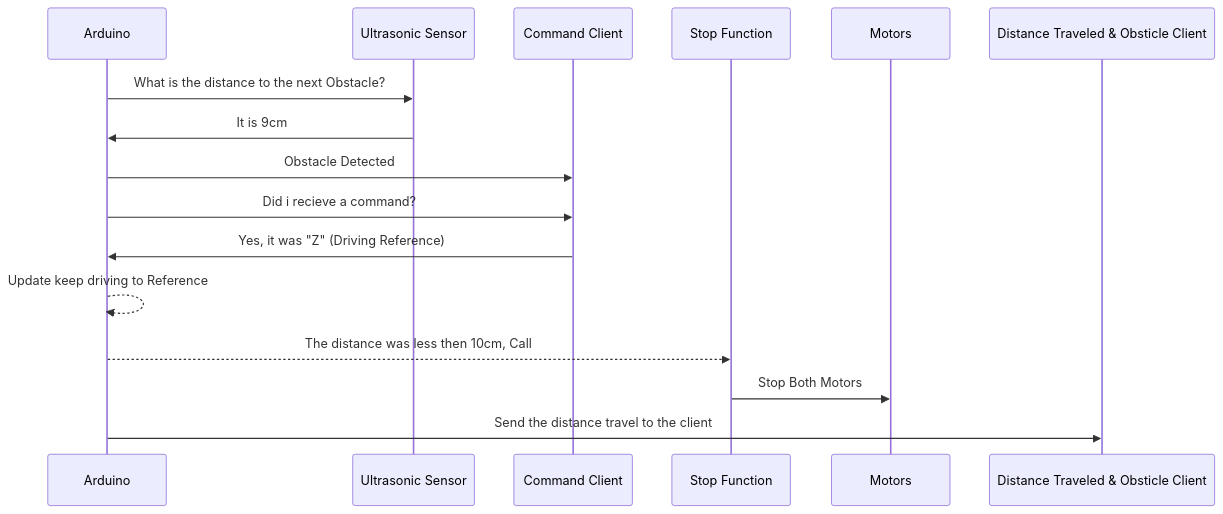
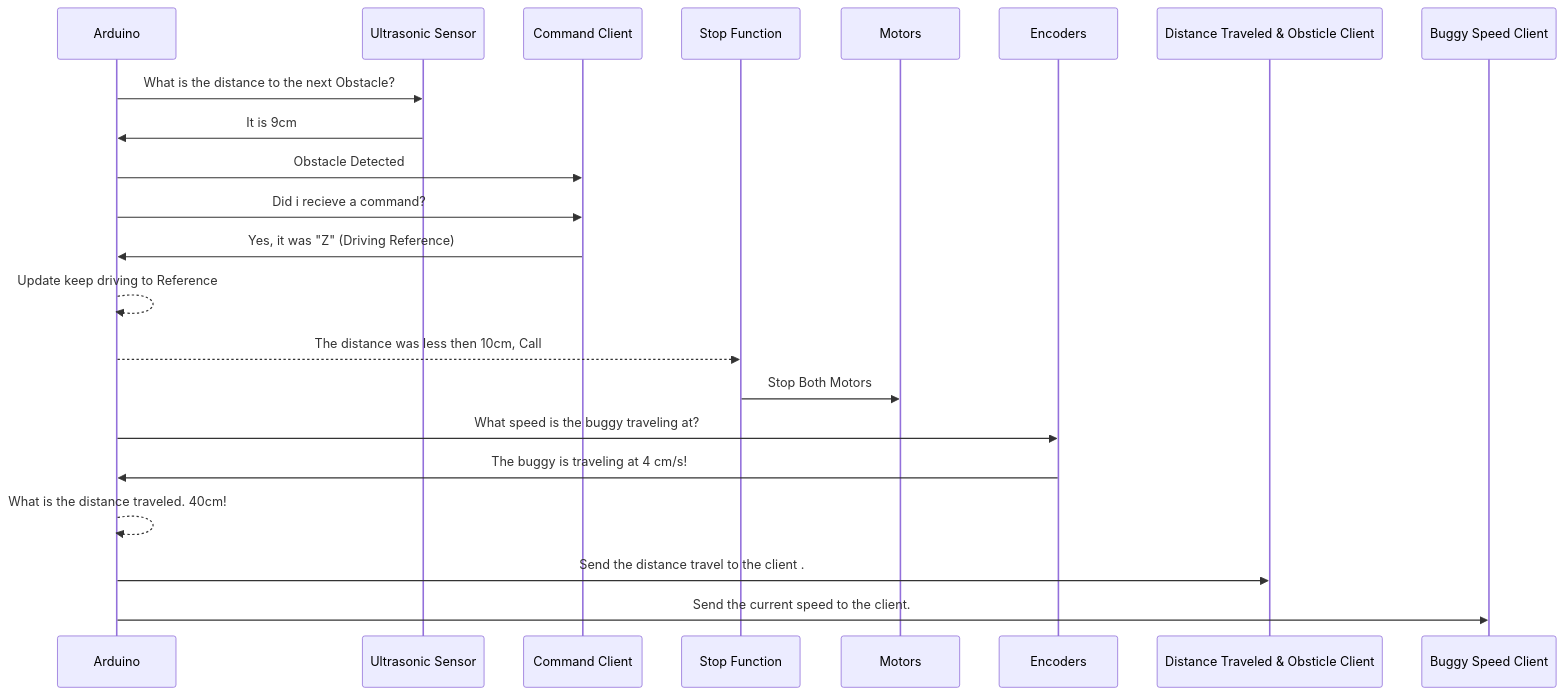
The fourth of 10 diagrams in Silver Code/SilverSequenceDiagrams.md (Reuben-Colman/2E10_BuggyCodeBase), drawn with Mermaid before and after one commit. The commit also changed other lines of this file and 1 other file, not shown here.

Commit message:
Sequence Diagrams

````diff
--- a/Silver Code/SilverSequenceDiagrams.md
+++ b/Silver Code/SilverSequenceDiagrams.md
@@ -63,12 +63,16 @@
 ```mermaid
 sequenceDiagram
   Arduino ->> Ultrasonic Sensor: What is the distance to the next Obstacle?
   Ultrasonic Sensor ->> Arduino: It is 9cm 
   Arduino ->> Command Client: Obstacle Detected
   Arduino ->> Command Client: Did i recieve a command?
   Command Client ->> Arduino: Yes, it was "Z" (Driving Reference)
   Arduino -->> Arduino: Update keep driving to Reference
   Arduino -->> Stop Function: The distance was less then 10cm, Call
   Stop Function ->> Motors: Stop Both Motors
-  Arduino ->> Distance Traveled & Obsticle Client: Send the distance travel to the client
+  Arduino ->> Encoders: What speed is the buggy traveling at?
+  Encoders ->> Arduino: The buggy is traveling at 4 cm/s!
+  Arduino -->> Arduino: What is the distance traveled. 40cm!
+  Arduino ->> Distance Traveled & Obsticle Client: Send the distance travel to the client .
+  Arduino ->> Buggy Speed Client: Send the current speed to the client.
 ```
````
